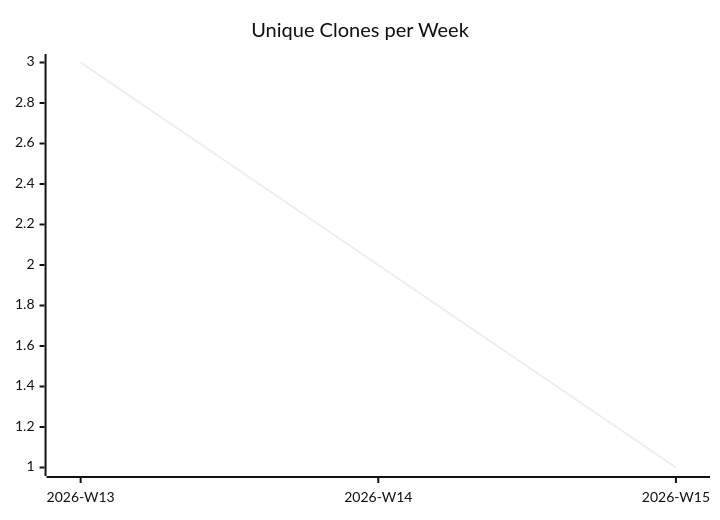
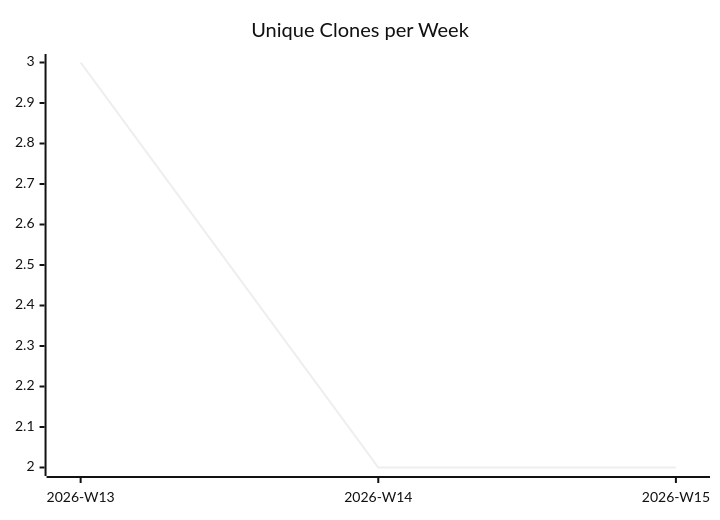
Before and after one commit to justdavis-family/github-analytics-data: the third of 3 diagrams in karlmdavis/justdavis-ansible/README.md, drawn with Mermaid (neutral theme). The commit also changed other lines of this file and 157 other files, not shown here.

````diff
--- a/karlmdavis/justdavis-ansible/README.md
+++ b/karlmdavis/justdavis-ansible/README.md
@@ -19,6 +19,6 @@
 ```mermaid
 xychart-beta
   title "Unique Clones per Week"
   x-axis ["2026-W13", "2026-W14", "2026-W15"]
-  line [3, 2, 1]
+  line [3, 2, 2]
 ```
````
